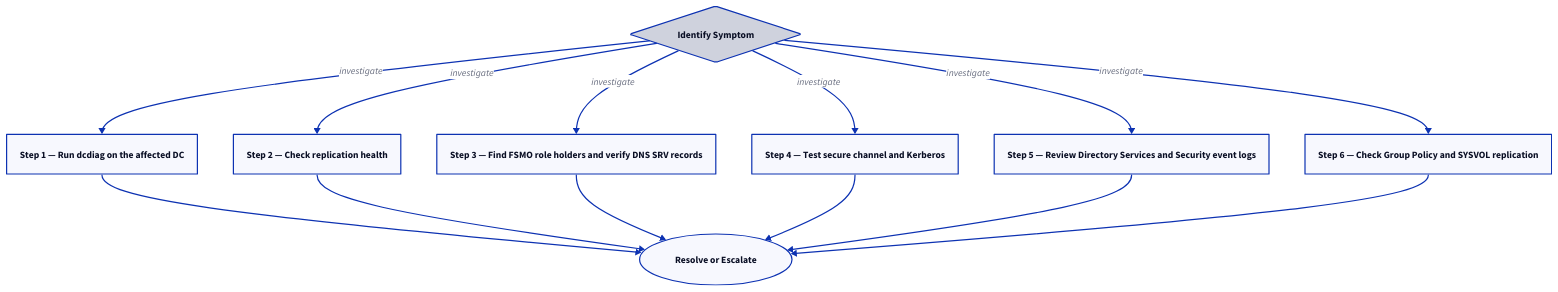
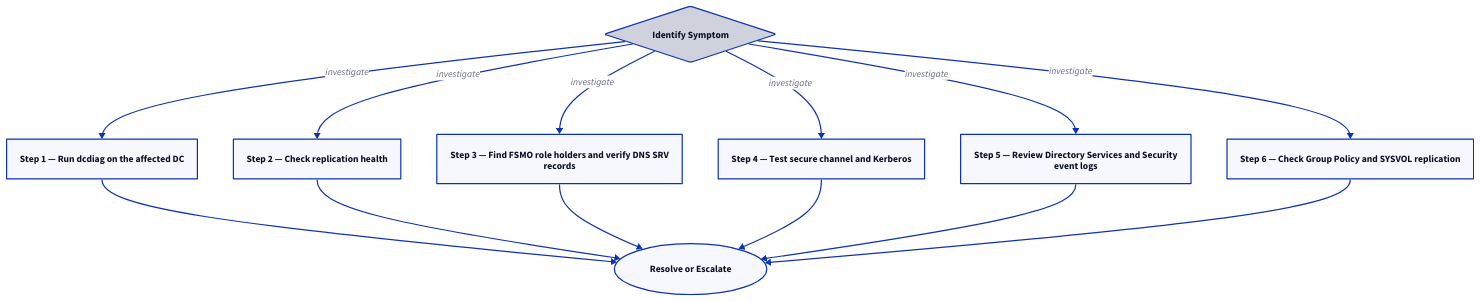
The second of 2 diagrams in docs/compute/windows-server/active-directory/troubleshooting/diagnostics.md (canast01/chris-kb), drawn with D2 before and after one commit. The commit also changed 192 other files, not shown here.

````diff
--- a/docs/compute/windows-server/active-directory/troubleshooting/diagnostics.md
+++ b/docs/compute/windows-server/active-directory/troubleshooting/diagnostics.md
@@ -67,25 +67,25 @@
 ```d2
 direction: down
 
 symptom: Identify Symptom {shape: diamond}
 step_1_run_dcdiag_on_the_affected_dc: "Step 1 — Run dcdiag on the affected DC" {shape: rectangle}
 step_2_check_replication_health: "Step 2 — Check replication health" {shape: rectangle}
-step_3_find_fsmo_role_holders_and_ve: "Step 3 — Find FSMO role holders and verify DNS SRV records" {shape: rectangle}
+step_3_find_fsmo_role_holders_and_ve: "Step 3 — Find FSMO role holders and verify DNS SRV\nrecords" {shape: rectangle}
 step_4_test_secure_channel_and_kerbe: "Step 4 — Test secure channel and Kerberos" {shape: rectangle}
-step_5_review_directory_services_and: "Step 5 — Review Directory Services and Security event logs" {shape: rectangle}
+step_5_review_directory_services_and: "Step 5 — Review Directory Services and Security\nevent logs" {shape: rectangle}
 step_6_check_group_policy_and_sysvol: "Step 6 — Check Group Policy and SYSVOL replication" {shape: rectangle}
 resolution: Resolve or Escalate {shape: oval}
 
 symptom -> step_1_run_dcdiag_on_the_affected_dc: investigate
 symptom -> step_2_check_replication_health: investigate
 symptom -> step_3_find_fsmo_role_holders_and_ve: investigate
 symptom -> step_4_test_secure_channel_and_kerbe: investigate
 symptom -> step_5_review_directory_services_and: investigate
 symptom -> step_6_check_group_policy_and_sysvol: investigate
 step_1_run_dcdiag_on_the_affected_dc -> resolution
 step_2_check_replication_health -> resolution
 step_3_find_fsmo_role_holders_and_ve -> resolution
 step_4_test_secure_channel_and_kerbe -> resolution
 step_5_review_directory_services_and -> resolution
 step_6_check_group_policy_and_sysvol -> resolution
 ```
````
